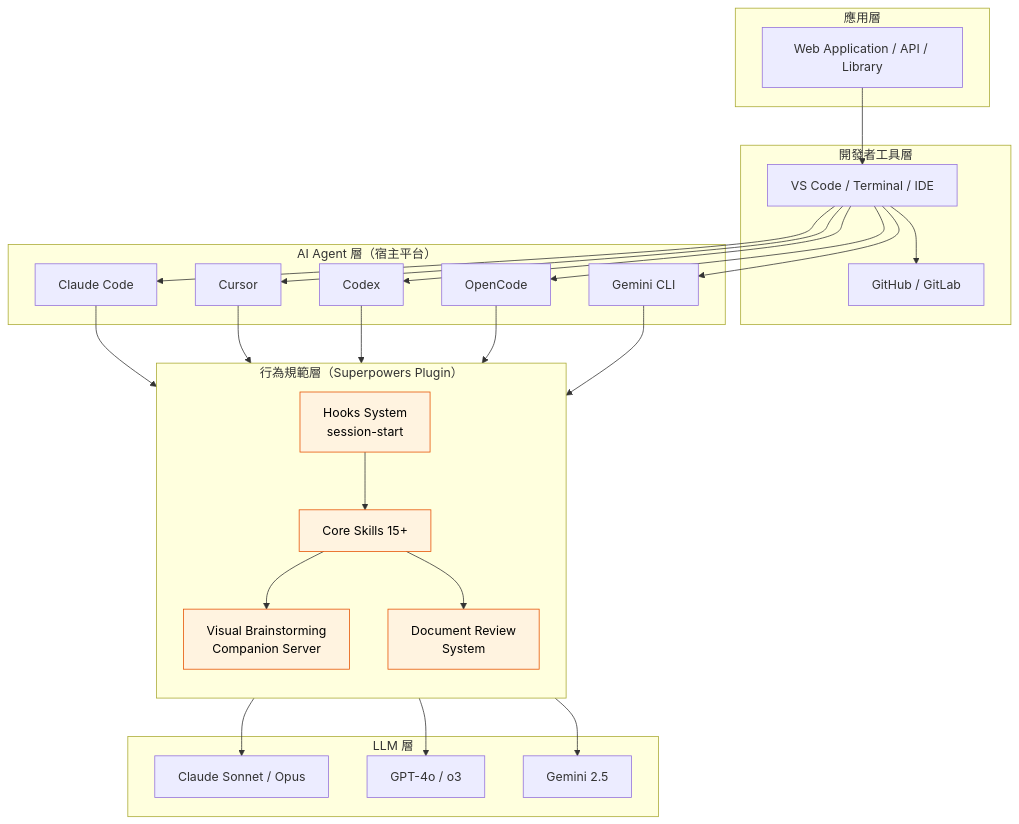
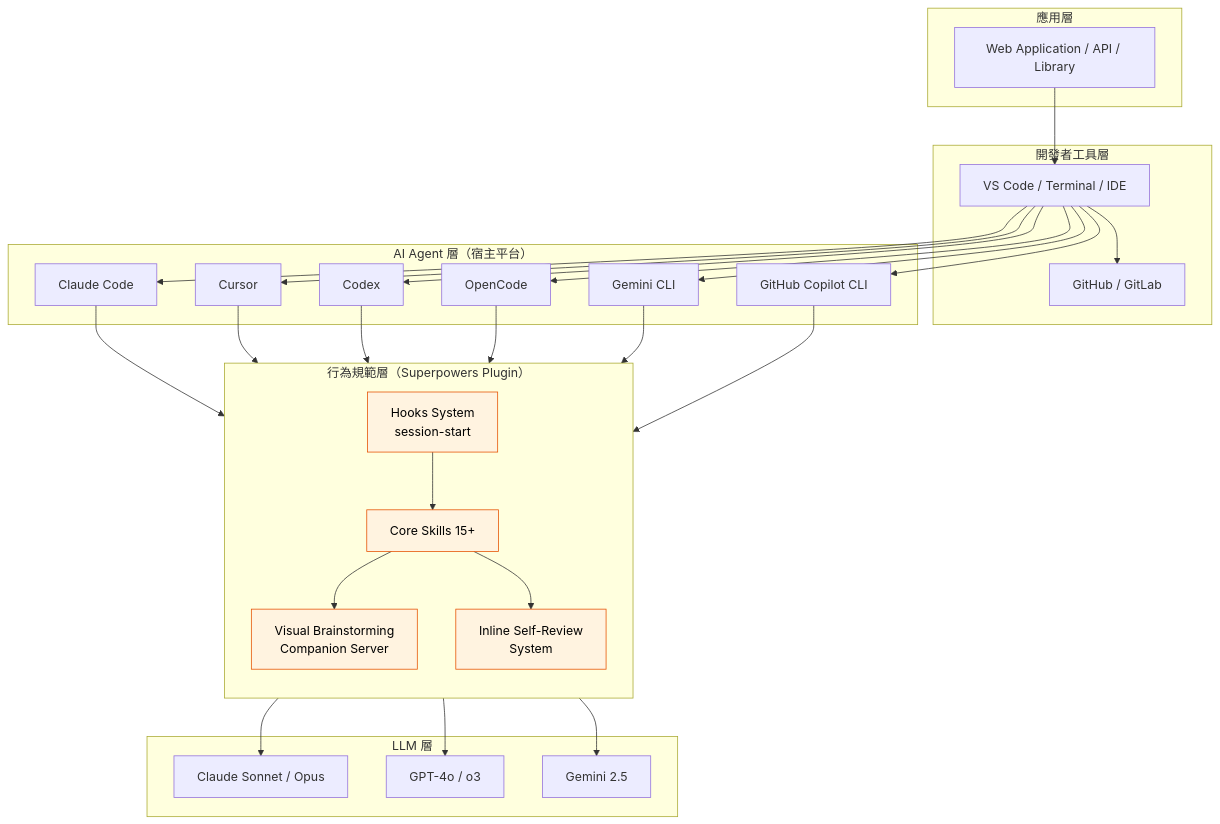
One commit to chihhung/Blog changed the fourth of 43 diagrams in content/posts/教學/AI開發/Superpowers教學手冊.md. Above: the diagram before and after it, drawn with Mermaid. The commit also changed other lines of this file, not shown here.

````diff
--- a/content/posts/教學/AI開發/Superpowers教學手冊.md
+++ b/content/posts/教學/AI開發/Superpowers教學手冊.md
@@ -300,46 +308,47 @@
 ```mermaid
 graph TB
     subgraph "應用層"
         APP[Web Application / API / Library]
     end
     
     subgraph "開發者工具層"
         IDE[VS Code / Terminal / IDE]
         GIT[GitHub / GitLab]
     end
     
     subgraph "AI Agent 層（宿主平台）"
         CC[Claude Code]
         CU[Cursor]
         CDX[Codex]
         OC[OpenCode]
         GC[Gemini CLI]
+        GCLI[GitHub Copilot CLI]
     end
     
     subgraph "行為規範層（Superpowers Plugin）"
         direction TB
         SP_HOOK[Hooks System<br/>session-start]
         SP_CORE[Core Skills 15+]
         SP_VIS[Visual Brainstorming<br/>Companion Server]
-        SP_DOC[Document Review<br/>System]
+        SP_DOC[Inline Self-Review<br/>System]
     end
     
     subgraph "LLM 層"
         CLAUDE[Claude Sonnet / Opus]
         GPT[GPT-4o / o3]
         GEM[Gemini 2.5]
     end
     
     APP --> IDE
-    IDE --> CC & CU & CDX & OC & GC
-    CC & CU & CDX & OC & GC --> SP_HOOK
+    IDE --> CC & CU & CDX & OC & GC & GCLI
+    CC & CU & CDX & OC & GC & GCLI --> SP_HOOK
     SP_HOOK --> SP_CORE
     SP_CORE --> SP_VIS & SP_DOC
     SP_CORE --> CLAUDE & GPT & GEM
     IDE --> GIT
     
     style SP_HOOK fill:#fff3e0,stroke:#e65100,color:#000
     style SP_CORE fill:#fff3e0,stroke:#e65100,color:#000
     style SP_VIS fill:#fff3e0,stroke:#e65100,color:#000
     style SP_DOC fill:#fff3e0,stroke:#e65100,color:#000
 ```
````
